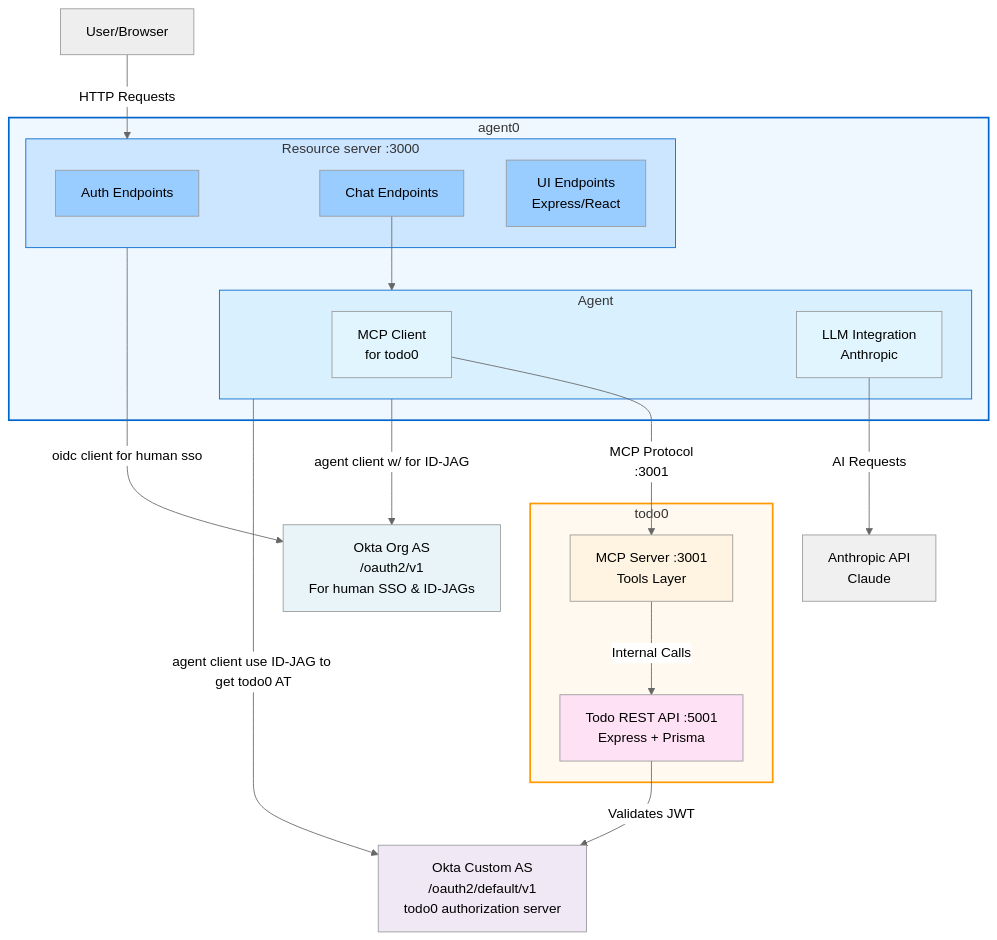
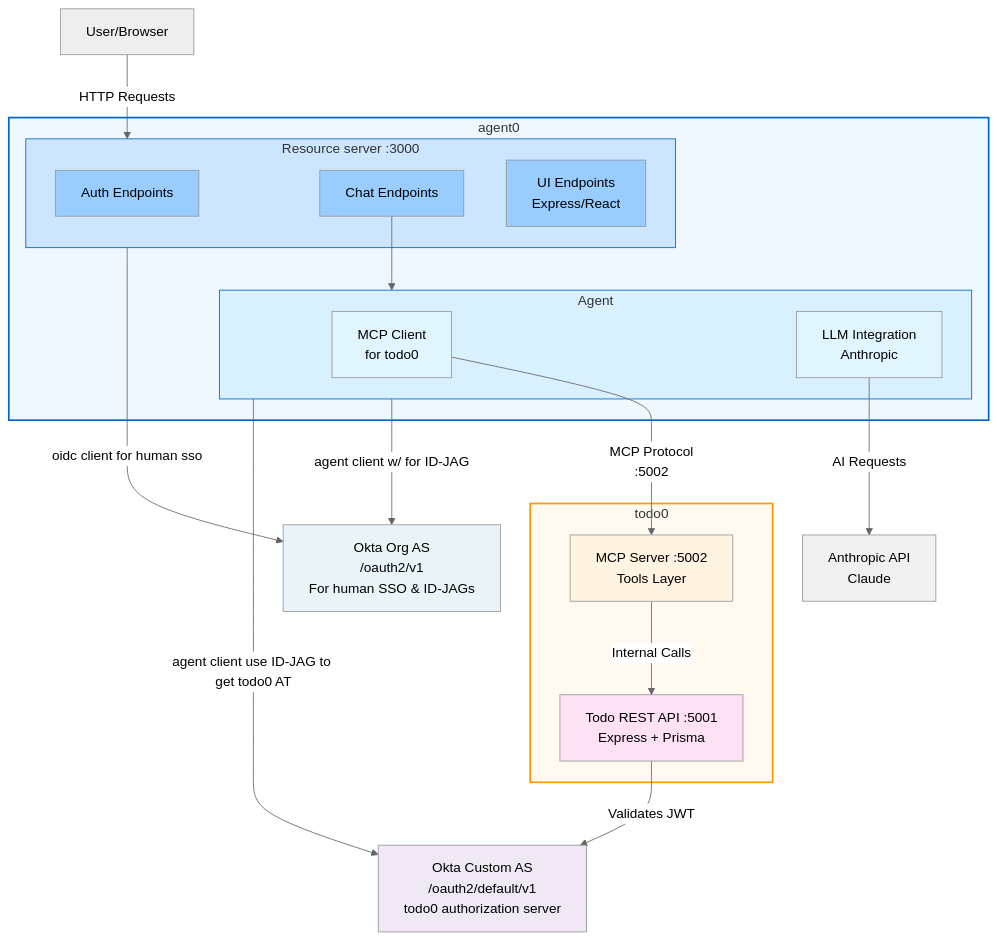
Before and after one commit to oktadev/okta-secure-ai-agent-example: the diagram in README.md, drawn with Mermaid (neutral theme). The commit also changed other lines of this file, not shown here.

````diff
--- a/README.md
+++ b/README.md
@@ -9,50 +9,50 @@
 ```mermaid
 graph TB
     User[User/Browser]
     Anthropic[Anthropic API<br/>Claude]
     Okta_Org_AS[Okta Org AS<br/>/oauth2/v1<br/>For human SSO & ID-JAGs]
     Okta_Custom_AS[Okta Custom AS<br/>/oauth2/default/v1<br/>todo0 authorization server]
 
     subgraph Agent0[agent0]
         subgraph ResourceServer[Resource server :3000]
             Auth[Auth Endpoints]
             Chat[Chat Endpoints]
             UI[UI Endpoints<br/>Express/React]
         end
 
         subgraph AgentIdentity[Agent]
             MCP_Client[MCP Client<br/>for todo0]
             LLM_Integration[LLM Integration<br/>Anthropic]
         end
     end
 
     subgraph Todo0[todo0]
-        MCP_Server[MCP Server :3001<br/>Tools Layer]
+        MCP_Server[MCP Server :5002<br/>Tools Layer]
         Todo_API[Todo REST API :5001<br/>Express + Prisma]
     end
 
     User -->|HTTP Requests| ResourceServer
     ResourceServer-->|oidc client for human sso| Okta_Org_AS
     LLM_Integration -->|AI Requests| Anthropic
     AgentIdentity -->| agent client w/ for ID-JAG | Okta_Org_AS
     AgentIdentity -->| agent client use ID-JAG to get todo0 AT | Okta_Custom_AS
-    MCP_Client -->|MCP Protocol<br/>:3001| MCP_Server
+    MCP_Client -->|MCP Protocol<br/>:5002| MCP_Server
     MCP_Server -->|Internal Calls| Todo_API
     Todo_API -->|Validates JWT| Okta_Custom_AS
     Chat-->AgentIdentity
 
     style Auth fill:#99ccff
     style UI fill:#99ccff
     style Chat fill:#99ccff
     style MCP_Client fill:#e1f5ff
     style LLM_Integration fill:#e1f5ff
     style MCP_Server fill:#fff4e1
     style Todo_API fill:#ffe1f5
     style Okta_Org_AS fill:#e8f4f8
     style Okta_Custom_AS fill:#f0e8f4
     style Anthropic fill:#f0f0f0
     style ResourceServer fill:#cce6ff,stroke:#0066cc,stroke-width:1px
     style AgentIdentity fill:#d9f0ff,stroke:#0066cc,stroke-width:1px
     style Agent0 fill:#f0f8ff,stroke:#0066cc,stroke-width:2px
     style Todo0 fill:#fff9f0,stroke:#ff9900,stroke-width:2px
 ```
````
